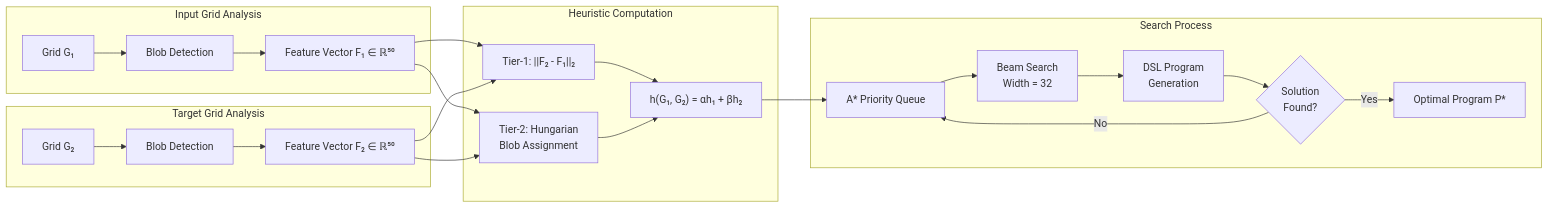
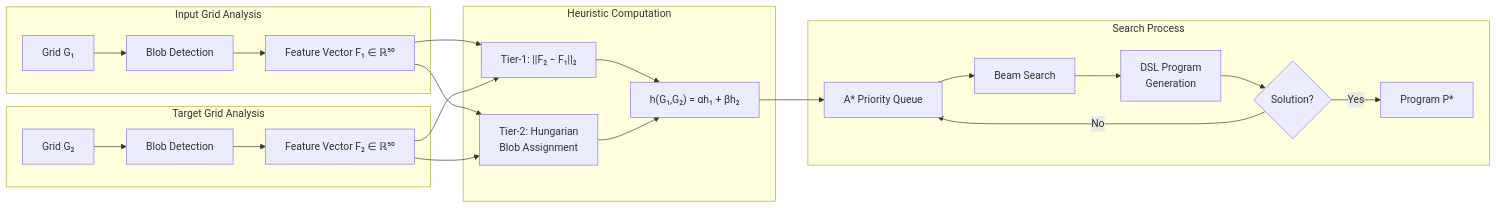
Before and after one commit to aviad12g/arc-agi-solver: the second of 2 diagrams in README.md, drawn with Mermaid. The commit also changed other lines of this file and 8 other files, not shown here.

Commit message:
docs: tone down AI-like language; keep diagrams. configs: default LLM off, CPU-first perception, realistic budgets. llm: use local/mock defaults. readme: replace placeholder clone path.

````diff
--- a/README.md
+++ b/README.md
@@ -140,30 +171,30 @@
 ```mermaid
 graph LR
     subgraph "Input Grid Analysis"
         A[Grid G₁] --> B[Blob Detection]
         B --> C[Feature Vector F₁ ∈ ℝ⁵⁰]
     end
     
     subgraph "Target Grid Analysis"
         D[Grid G₂] --> E[Blob Detection]
         E --> F[Feature Vector F₂ ∈ ℝ⁵⁰]
     end
     
     subgraph "Heuristic Computation"
-        C --> G["Tier-1: ||F₂ - F₁||₂"]
+        C --> G["Tier‑1: ||F₂ − F₁||₂"]
         F --> G
-        C --> H["Tier-2: Hungarian<br/>Blob Assignment"]
+        C --> H["Tier‑2: Hungarian<br/>Blob Assignment"]
         F --> H
-        G --> I["h(G₁, G₂) = αh₁ + βh₂"]
+        G --> I["h(G₁,G₂) = αh₁ + βh₂"]
         H --> I
     end
     
     subgraph "Search Process"
         I --> J["A* Priority Queue"]
-        J --> K["Beam Search<br/>Width = 32"]
+        J --> K["Beam Search"]
         K --> L["DSL Program<br/>Generation"]
-        L --> M{"Solution<br/>Found?"}
+        L --> M{"Solution?"}
         M -->|No| J
-        M -->|Yes| N["Optimal Program P*"]
+        M -->|Yes| N["Program P*"]
     end
 ```
````
